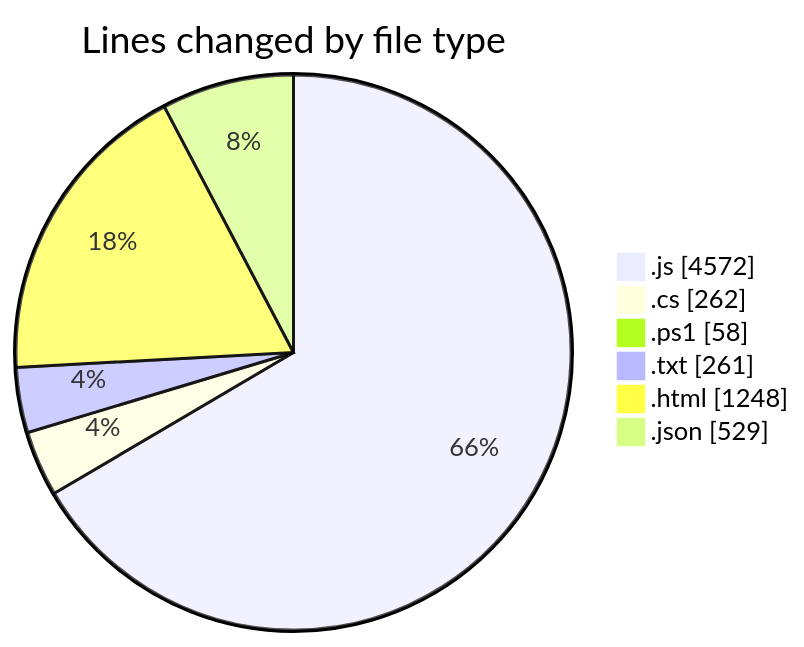
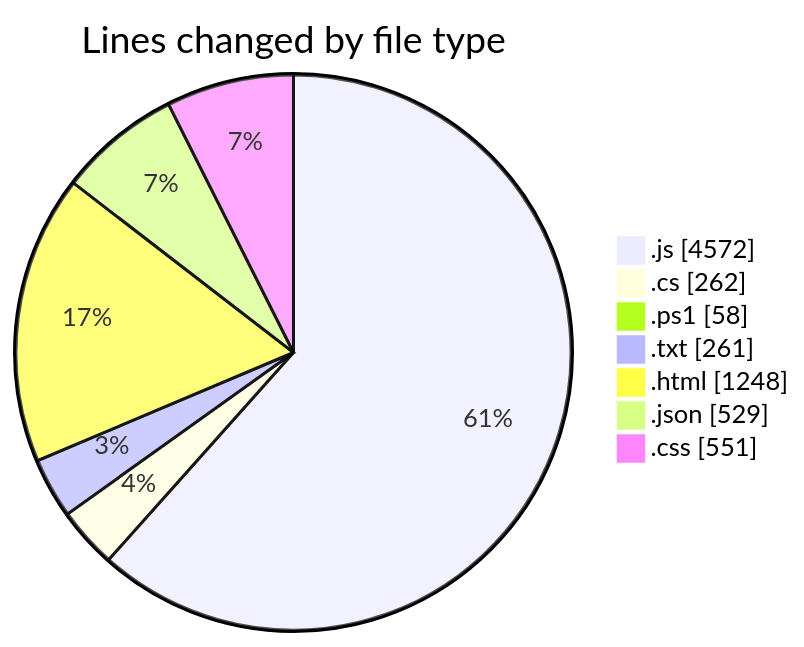
The first of 2 diagrams in 2026-02-17/bot_v1_2/README.md (becaeroporto-bot/code-tracking), drawn with Mermaid before and after one commit. The commit also changed other lines of this file and 1 other file, not shown here.

````diff
--- a/2026-02-17/bot_v1_2/README.md
+++ b/2026-02-17/bot_v1_2/README.md
@@ -36,10 +38,11 @@
 ```mermaid
 pie showData
 title Lines changed by file type
 ".js" : 4572
 ".cs" : 262
 ".ps1" : 58
 ".txt" : 261
 ".html" : 1248
 ".json" : 529
+".css" : 551
 ```
````
